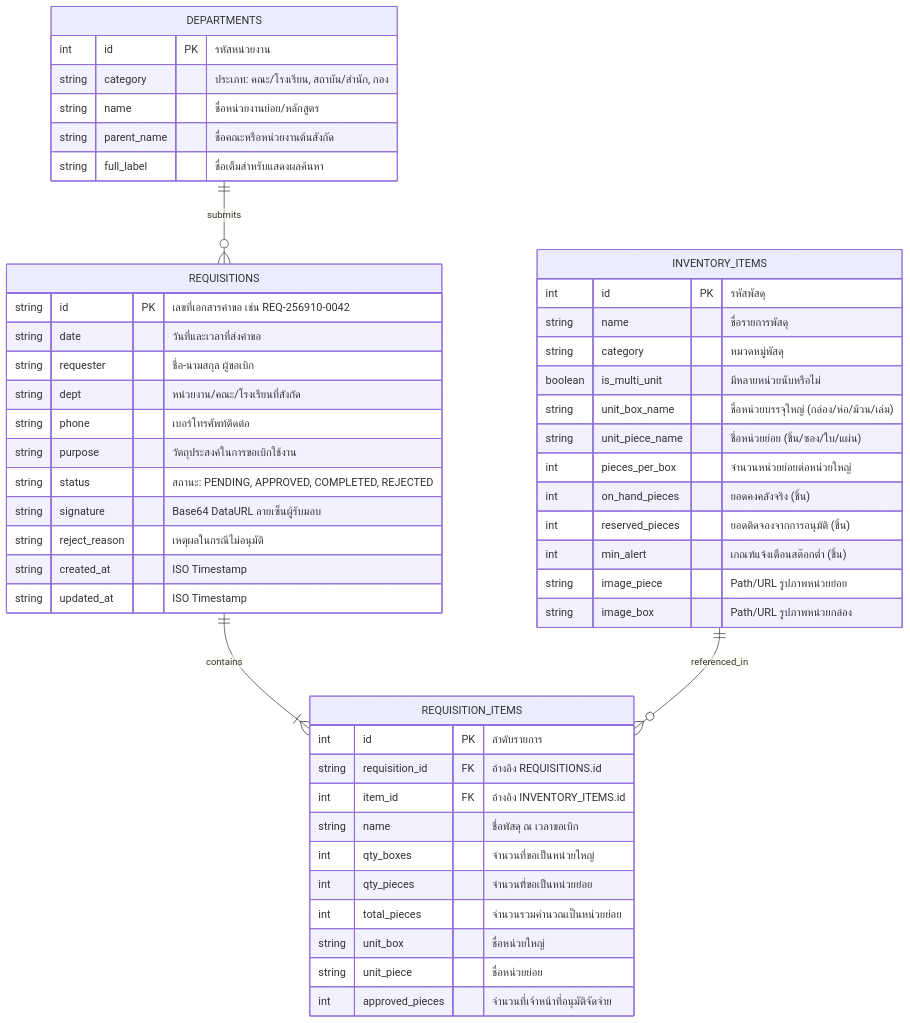
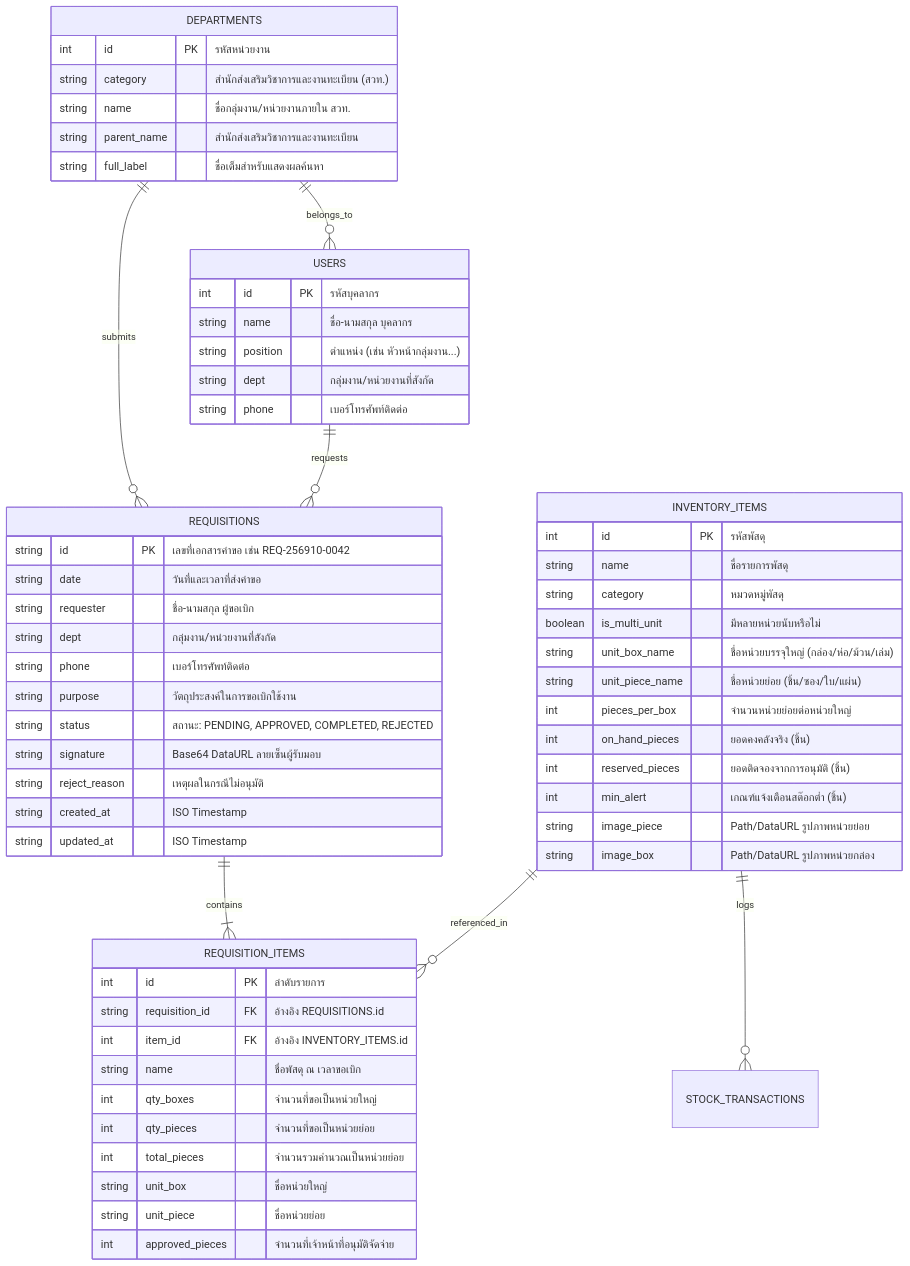
The diagram in docs/SCHEMA.md (itsmekritsanai/stock-order-sdu), drawn with Mermaid before and after one commit. The commit also changed other lines of this file and 97 other files, not shown here.

````diff
--- a/docs/SCHEMA.md
+++ b/docs/SCHEMA.md
@@ -8,56 +8,67 @@
 ```mermaid
 erDiagram
+    DEPARTMENTS ||--o{ USERS : belongs_to
     DEPARTMENTS ||--o{ REQUISITIONS : submits
+    USERS ||--o{ REQUISITIONS : requests
     REQUISITIONS ||--|{ REQUISITION_ITEMS : contains
     INVENTORY_ITEMS ||--o{ REQUISITION_ITEMS : referenced_in
+    INVENTORY_ITEMS ||--o{ STOCK_TRANSACTIONS : logs
+
+    USERS {
+        int id PK "รหัสบุคลากร"
+        string name "ชื่อ-นามสกุล บุคลากร"
+        string position "ตำแหน่ง (เช่น หัวหน้ากลุ่มงาน...)"
+        string dept "กลุ่มงาน/หน่วยงานที่สังกัด"
+        string phone "เบอร์โทรศัพท์ติดต่อ"
+    }
 
     INVENTORY_ITEMS {
         int id PK "รหัสพัสดุ"
         string name "ชื่อรายการพัสดุ"
         string category "หมวดหมู่พัสดุ"
         boolean is_multi_unit "มีหลายหน่วยนับหรือไม่"
         string unit_box_name "ชื่อหน่วยบรรจุใหญ่ (กล่อง/ห่อ/ม้วน/เล่ม)"
         string unit_piece_name "ชื่อหน่วยย่อย (ชิ้น/ซอง/ใบ/แผ่น)"
         int pieces_per_box "จำนวนหน่วยย่อยต่อหน่วยใหญ่"
         int on_hand_pieces "ยอดคงคลังจริง (ชิ้น)"
         int reserved_pieces "ยอดติดจองจากการอนุมัติ (ชิ้น)"
         int min_alert "เกณฑ์แจ้งเตือนสต๊อกต่ำ (ชิ้น)"
-        string image_piece "Path/URL รูปภาพหน่วยย่อย"
-        string image_box "Path/URL รูปภาพหน่วยกล่อง"
+        string image_piece "Path/DataURL รูปภาพหน่วยย่อย"
+        string image_box "Path/DataURL รูปภาพหน่วยกล่อง"
     }
 
     REQUISITIONS {
         string id PK "เลขที่เอกสารคำขอ เช่น REQ-256910-0042"
         string date "วันที่และเวลาที่ส่งคำขอ"
         string requester "ชื่อ-นามสกุล ผู้ขอเบิก"
-        string dept "หน่วยงาน/คณะ/โรงเรียนที่สังกัด"
+        string dept "กลุ่มงาน/หน่วยงานที่สังกัด"
         string phone "เบอร์โทรศัพท์ติดต่อ"
         string purpose "วัตถุประสงค์ในการขอเบิกใช้งาน"
         string status "สถานะ: PENDING, APPROVED, COMPLETED, REJECTED"
         string signature "Base64 DataURL ลายเซ็นผู้รับมอบ"
         string reject_reason "เหตุผลในกรณีไม่อนุมัติ"
         string created_at "ISO Timestamp"
         string updated_at "ISO Timestamp"
     }
 
     REQUISITION_ITEMS {
         int id PK "ลำดับรายการ"
         string requisition_id FK "อ้างอิง REQUISITIONS.id"
         int item_id FK "อ้างอิง INVENTORY_ITEMS.id"
         string name "ชื่อพัสดุ ณ เวลาขอเบิก"
         int qty_boxes "จำนวนที่ขอเป็นหน่วยใหญ่"
         int qty_pieces "จำนวนที่ขอเป็นหน่วยย่อย"
         int total_pieces "จำนวนรวมคำนวณเป็นหน่วยย่อย"
         string unit_box "ชื่อหน่วยใหญ่"
         string unit_piece "ชื่อหน่วยย่อย"
         int approved_pieces "จำนวนที่เจ้าหน้าที่อนุมัติจัดจ่าย"
     }
 
     DEPARTMENTS {
         int id PK "รหัสหน่วยงาน"
-        string category "ประเภท: คณะ/โรงเรียน, สถาบัน/สำนัก, กอง"
-        string name "ชื่อหน่วยงานย่อย/หลักสูตร"
-        string parent_name "ชื่อคณะหรือหน่วยงานต้นสังกัด"
+        string category "สำนักส่งเสริมวิชาการและงานทะเบียน (สวท.)"
+        string name "ชื่อกลุ่มงาน/หน่วยงานภายใน สวท."
+        string parent_name "สำนักส่งเสริมวิชาการและงานทะเบียน"
         string full_label "ชื่อเต็มสำหรับแสดงผลค้นหา"
     }
 ```
````
